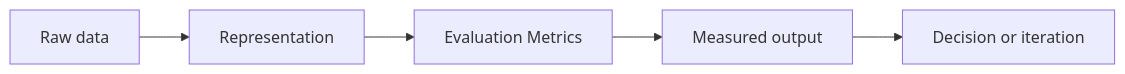
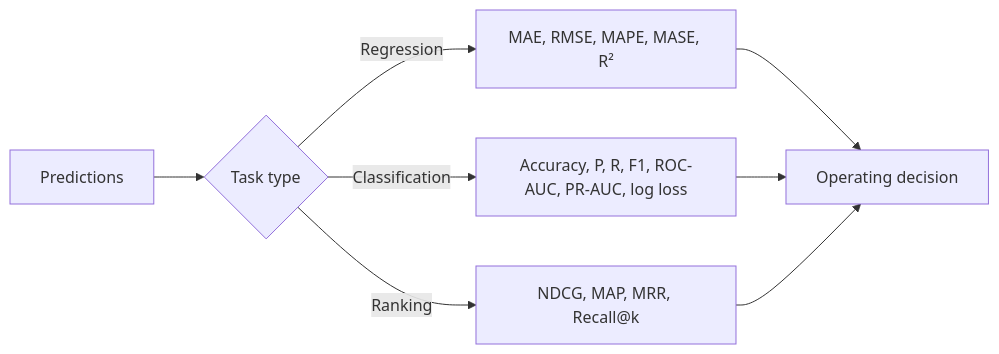
Before and after one commit to Icon1cc/Machine-Learning: the diagram in classical-ml/18-evaluation-metrics.md, drawn with Mermaid. The commit also changed other lines of this file and 264 other files, not shown here.

````diff
--- a/classical-ml/18-evaluation-metrics.md
+++ b/classical-ml/18-evaluation-metrics.md
@@ -92,7 +206,10 @@
 ```mermaid
 flowchart LR
-    A[Raw data] --> B[Representation]
-    B --> C[Evaluation Metrics]
-    C --> D[Measured output]
-    D --> E[Decision or iteration]
+    P[Predictions] --> T{Task type}
+    T -- Regression --> R[MAE, RMSE, MAPE, MASE, R²]
+    T -- Classification --> C[Accuracy, P, R, F1, ROC-AUC, PR-AUC, log loss]
+    T -- Ranking --> RK[NDCG, MAP, MRR, Recall@k]
+    R --> Op[Operating decision]
+    C --> Op
+    RK --> Op
 ```
````
